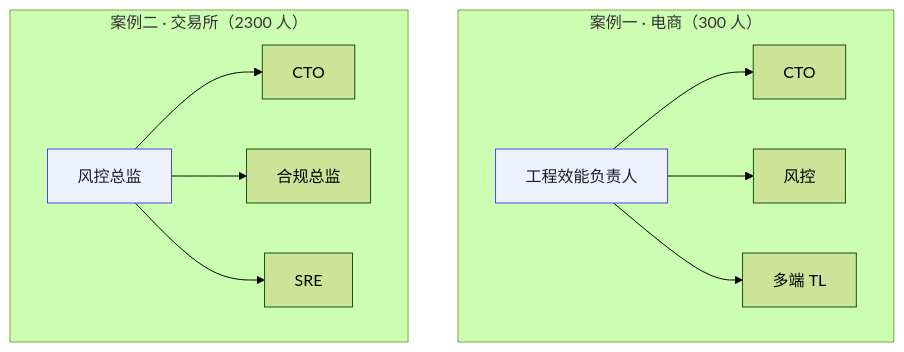
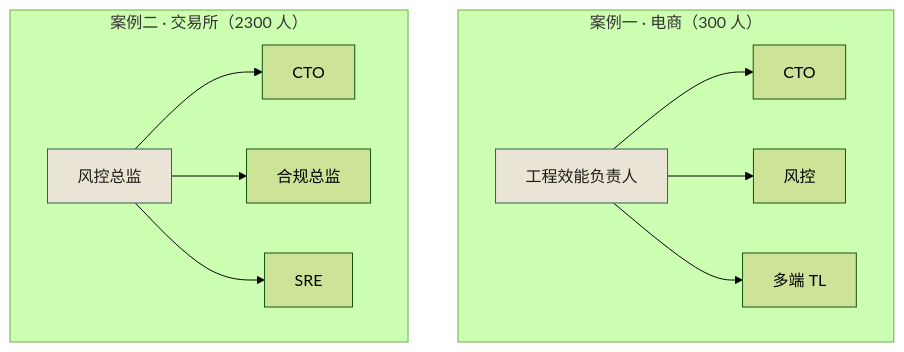
Before and after one commit to funny8kids/AI_Native_Software_Engineering: the first of 3 diagrams in docs/manuscript/ch04-角色设定卡.md, drawn with Mermaid (forest theme). The commit also changed other lines of this file and 81 other files, not shown here.

````diff
--- a/docs/manuscript/ch04-角色设定卡.md
+++ b/docs/manuscript/ch04-角色设定卡.md
@@ -5,15 +7,15 @@
 ```mermaid
 flowchart TB
   subgraph C1["案例一 · 电商（300 人）"]
     A1[工程效能负责人] --> A2[CTO]
     A1 --> A3[风控]
     A1 --> A4[多端 TL]
   end
   subgraph C2["案例二 · 交易所（2300 人）"]
     B1[风控总监] --> B2[CTO]
     B1 --> B3[合规总监]
     B1 --> B4[SRE]
   end
-  style A1 fill:#eef2ff,stroke:#4f46e5,color:#1a1d23
-  style B1 fill:#eef2ff,stroke:#4f46e5,color:#1a1d23
+  style A1 fill:#eae4d6,stroke:#2f6154,color:#1e1c19
+  style B1 fill:#eae4d6,stroke:#2f6154,color:#1e1c19
 ```
````
